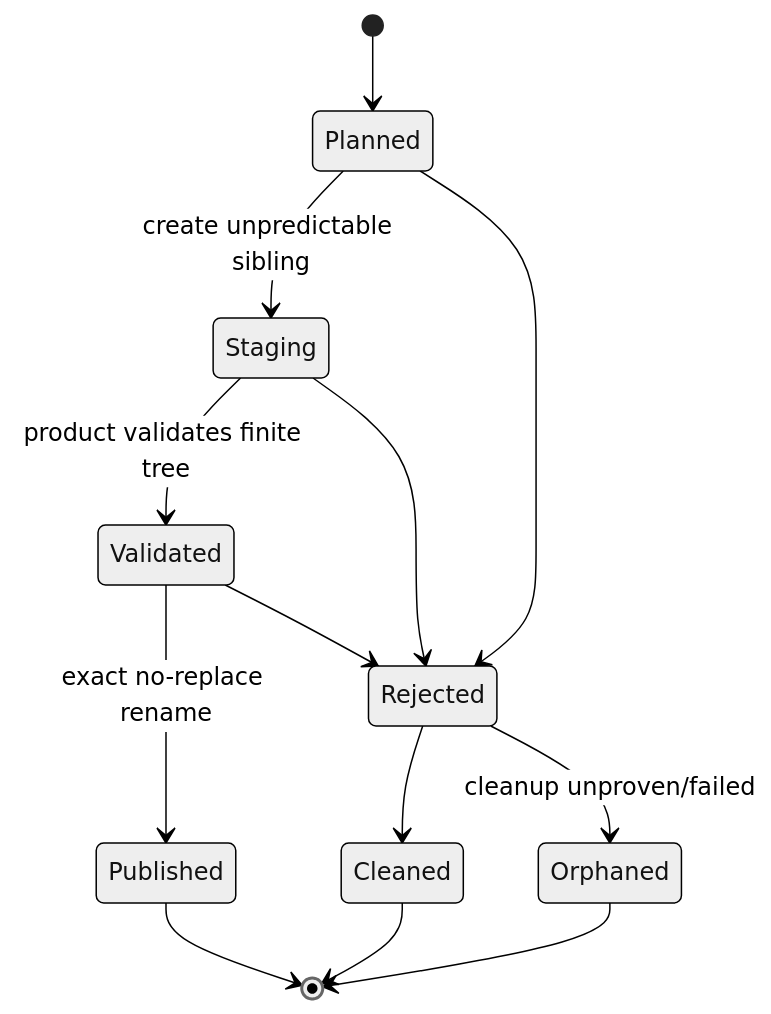
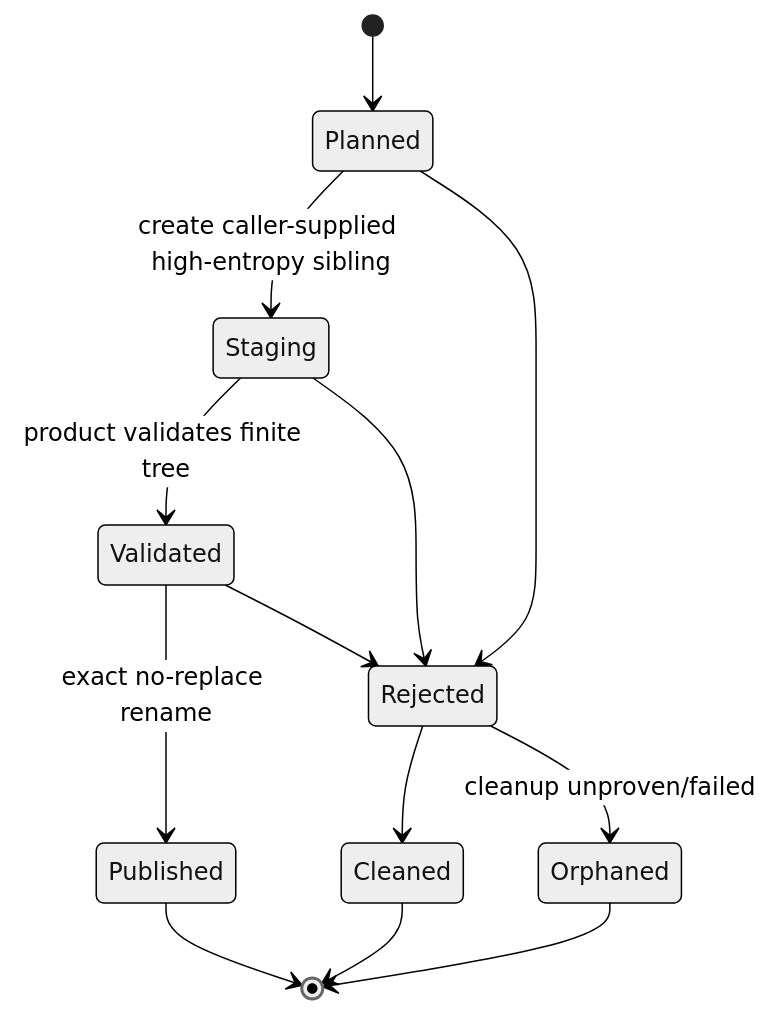
The diagram in docs/plans/2026-08-14-001-refactor-capability-directory-publication-foundation-plan.md (Latias94/nara), drawn with Mermaid (neutral theme) before and after one commit. The commit also changed other lines of this file and 7 other files, not shown here.

````diff
--- a/docs/plans/2026-08-14-001-refactor-capability-directory-publication-foundation-plan.md
+++ b/docs/plans/2026-08-14-001-refactor-capability-directory-publication-foundation-plan.md
@@ -36,15 +42,15 @@
 ```mermaid
 stateDiagram-v2
   [*] --> Planned
-  Planned --> Staging: create unpredictable sibling
+  Planned --> Staging: create caller-supplied high-entropy sibling
   Staging --> Validated: product validates finite tree
   Validated --> Published: exact no-replace rename
   Planned --> Rejected
   Staging --> Rejected
   Validated --> Rejected
   Rejected --> Cleaned
   Rejected --> Orphaned: cleanup unproven/failed
   Published --> [*]
   Cleaned --> [*]
   Orphaned --> [*]
 ```
````
